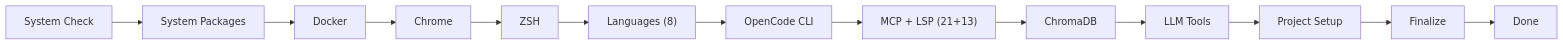
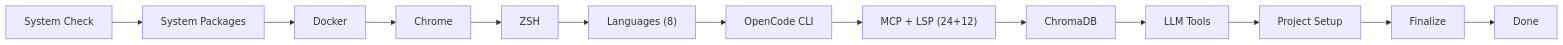
One commit to AlexanderNarbaev/opencode_initializer changed the diagram in docs/getting-started/index.en.md. Above: the diagram before and after it, drawn with Mermaid. The commit also changed other lines of this file and 20 other files, not shown here.

````diff
--- a/docs/getting-started/index.en.md
+++ b/docs/getting-started/index.en.md
@@ -164,15 +163,15 @@
 ```mermaid
 flowchart LR
     A[System Check] --> B[System Packages]
     B --> C[Docker]
     C --> D[Chrome]
     D --> E[ZSH]
     E --> F["Languages (8)"]
     F --> G[OpenCode CLI]
-    G --> H["MCP + LSP (21+13)"]
+    G --> H["MCP + LSP (24+12)"]
     H --> I[ChromaDB]
     I --> J[LLM Tools]
     J --> K[Project Setup]
     K --> L[Finalize]
     L --> M[Done]
 ```
````
